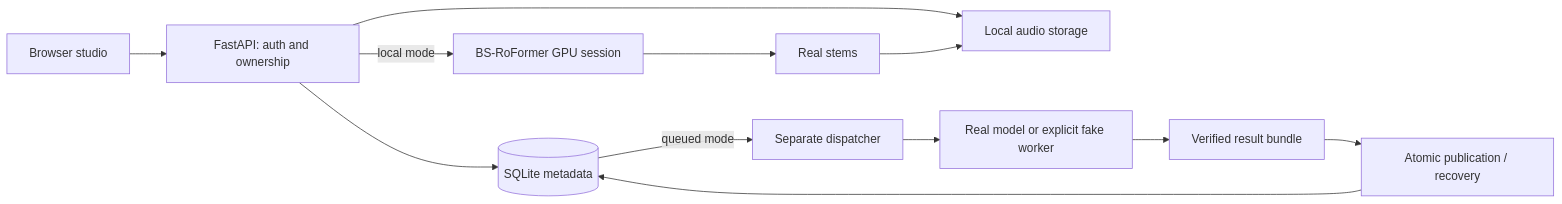
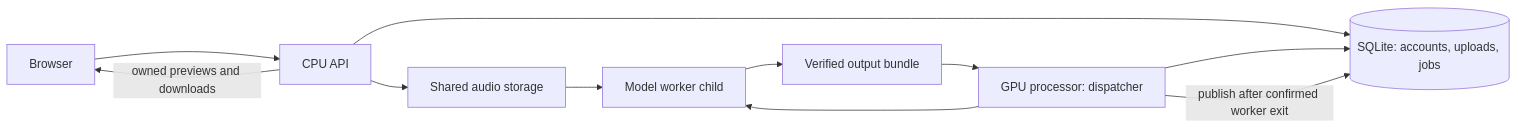
The diagram in README.md (Ian0520/isojam), drawn with Mermaid before and after one commit. The commit also changed other lines of this file and 8 other files, not shown here.

Commit message:
docs: consolidate local setup and browser workflow

````diff
--- a/README.md
+++ b/README.md
@@ -61,14 +185,13 @@
 ```mermaid
 flowchart LR
-    Browser[Browser studio] --> API[FastAPI: auth and ownership]
-    API --> DB[(SQLite metadata)]
-    API --> Uploads[Local audio storage]
-    API -->|local mode| Model[BS-RoFormer GPU session]
-    Model --> Stems[Real stems]
-    Stems --> Uploads
-    DB -->|queued mode| Dispatcher[Separate dispatcher]
-    Dispatcher --> Worker[Real model or explicit fake worker]
-    Worker --> Bundle[Verified result bundle]
-    Bundle --> Publish[Atomic publication / recovery]
-    Publish --> DB
+    Browser[Browser] --> API[CPU API]
+    API --> DB[(SQLite: accounts, uploads, jobs)]
+    API --> Audio[Shared audio storage]
+    Dispatcher[GPU processor: dispatcher] --> DB
+    Dispatcher --> Worker[Model worker child]
+    Audio --> Worker
+    Worker --> Bundle[Verified output bundle]
+    Bundle --> Dispatcher
+    Dispatcher -->|publish after confirmed worker exit| DB
+    API -->|owned previews and downloads| Browser
 ```
````
